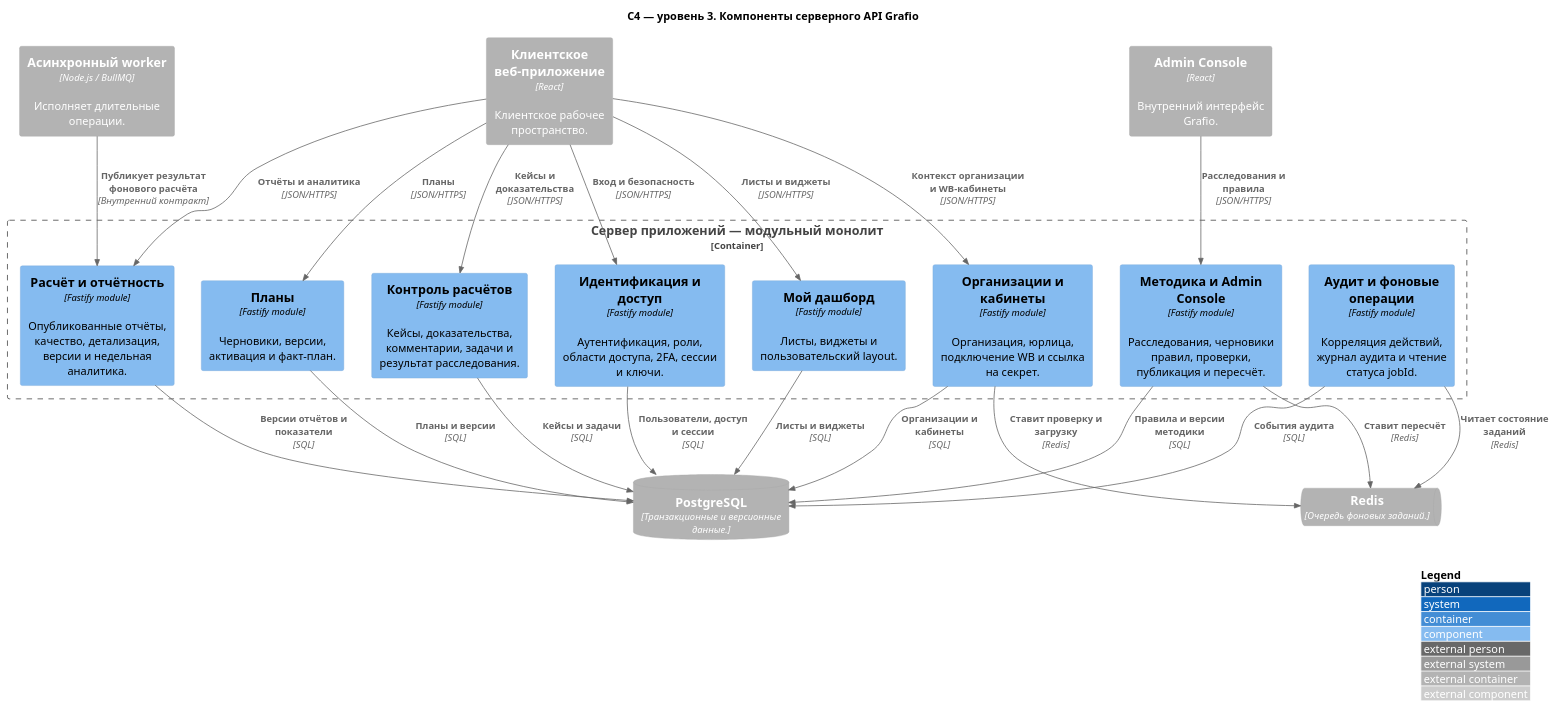
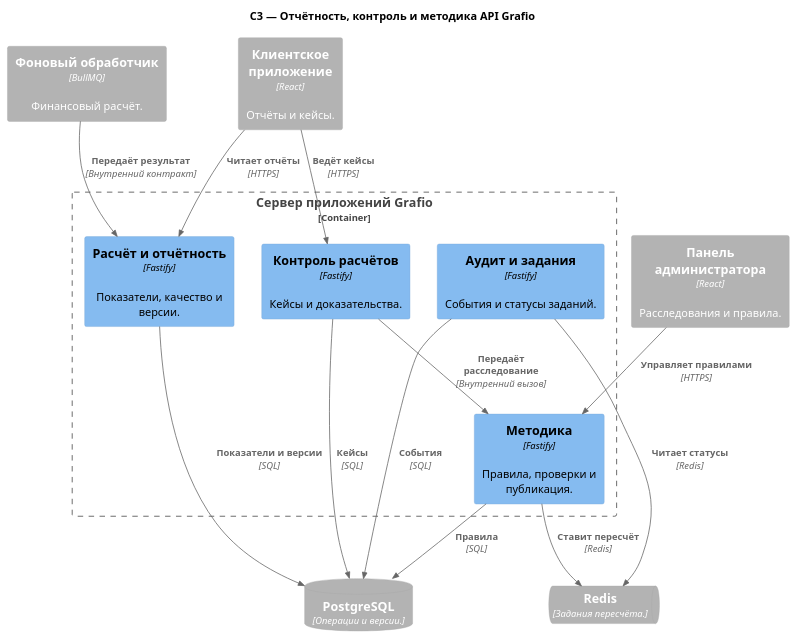
Before and after one commit to onlyuncia/grafio-product-docs: the diagram in docs/architecture/c4/03-api-components.puml, drawn with PlantUML. The commit also changed 152 other files, not shown here.

```diff
--- a/docs/architecture/c4/03-api-components.puml
+++ b/docs/architecture/c4/03-api-components.puml
@@ -1,44 +1,32 @@
 @startuml
-!includeurl https://raw.githubusercontent.com/plantuml-stdlib/C4-PlantUML/master/C4_Component.puml
+!include <C4/C4_Component>
 
-LAYOUT_WITH_LEGEND()
-title C4 — уровень 3. Компоненты серверного API Grafio
+HIDE_STEREOTYPE()
+title C3 — Отчётность, контроль и методика API Grafio
 
-Container_Ext(web, "Клиентское веб-приложение", "React", "Клиентское рабочее пространство.")
-Container_Ext(adminWeb, "Admin Console", "React", "Внутренний интерфейс Grafio.")
-Container_Ext(worker, "Асинхронный worker", "Node.js / BullMQ", "Исполняет длительные операции.")
-ContainerDb_Ext(db, "PostgreSQL", "Транзакционные и версионные данные.")
-ContainerQueue_Ext(queue, "Redis", "Очередь фоновых заданий.")
+Container_Ext(web, "Клиентское приложение", "React", "Отчёты и кейсы.")
+Container_Ext(adminWeb, "Панель администратора", "React", "Расследования и правила.")
+Container_Ext(worker, "Фоновый обработчик", "BullMQ", "Финансовый расчёт.")
+ContainerDb_Ext(db, "PostgreSQL", "Операции и версии.")
+ContainerQueue_Ext(queue, "Redis", "Задания пересчёта.")
 
-Container_Boundary(api, "Сервер приложений — модульный монолит") {
-  Component(access, "Идентификация и доступ", "Fastify module", "Аутентификация, роли, области доступа, 2FA, сессии и ключи.")
-  Component(organization, "Организации и кабинеты", "Fastify module", "Организация, юрлица, подключение WB и ссылка на секрет.")
-  Component(reporting, "Расчёт и отчётность", "Fastify module", "Опубликованные отчёты, качество, детализация, версии и недельная аналитика.")
-  Component(cases, "Контроль расчётов", "Fastify module", "Кейсы, доказательства, комментарии, задачи и результат расследования.")
-  Component(methodology, "Методика и Admin Console", "Fastify module", "Расследования, черновики правил, проверки, публикация и пересчёт.")
-  Component(plans, "Планы", "Fastify module", "Черновики, версии, активация и факт–план.")
-  Component(dashboard, "Мой дашборд", "Fastify module", "Листы, виджеты и пользовательский layout.")
-  Component(audit, "Аудит и фоновые операции", "Fastify module", "Корреляция действий, журнал аудита и чтение статуса jobId.")
+Container_Boundary(api, "Сервер приложений Grafio") {
+  Component(reporting, "Расчёт и отчётность", "Fastify", "Показатели, качество и версии.")
+  Component(cases, "Контроль расчётов", "Fastify", "Кейсы и доказательства.")
+  Component(methodology, "Методика", "Fastify", "Правила, проверки и публикация.")
+  Component(audit, "Аудит и задания", "Fastify", "События и статусы заданий.")
 }
 
-Rel(web, access, "Вход и безопасность", "JSON/HTTPS")
-Rel(web, organization, "Контекст организации и WB-кабинеты", "JSON/HTTPS")
-Rel(web, reporting, "Отчёты и аналитика", "JSON/HTTPS")
-Rel(web, cases, "Кейсы и доказательства", "JSON/HTTPS")
-Rel(web, plans, "Планы", "JSON/HTTPS")
-Rel(web, dashboard, "Листы и виджеты", "JSON/HTTPS")
-Rel(adminWeb, methodology, "Расследования и правила", "JSON/HTTPS")
-Rel(access, db, "Пользователи, доступ и сессии", "SQL")
-Rel(organization, db, "Организации и кабинеты", "SQL")
-Rel(reporting, db, "Версии отчётов и показатели", "SQL")
-Rel(cases, db, "Кейсы и задачи", "SQL")
-Rel(methodology, db, "Правила и версии методики", "SQL")
-Rel(plans, db, "Планы и версии", "SQL")
-Rel(dashboard, db, "Листы и виджеты", "SQL")
-Rel(audit, db, "События аудита", "SQL")
+Rel(web, reporting, "Читает отчёты", "HTTPS")
+Rel(web, cases, "Ведёт кейсы", "HTTPS")
+Rel(adminWeb, methodology, "Управляет правилами", "HTTPS")
+Rel(worker, reporting, "Передаёт результат", "Внутренний контракт")
+Rel(cases, methodology, "Передаёт расследование", "Внутренний вызов")
+Rel(reporting, db, "Показатели и версии", "SQL")
+Rel(cases, db, "Кейсы", "SQL")
+Rel(methodology, db, "Правила", "SQL")
+Rel(audit, db, "События", "SQL")
 Rel(methodology, queue, "Ставит пересчёт", "Redis")
-Rel(organization, queue, "Ставит проверку и загрузку", "Redis")
-Rel(audit, queue, "Читает состояние заданий", "Redis")
-Rel(worker, reporting, "Публикует результат фонового расчёта", "Внутренний контракт")
+Rel(audit, queue, "Читает статусы", "Redis")
 
 @enduml
```
